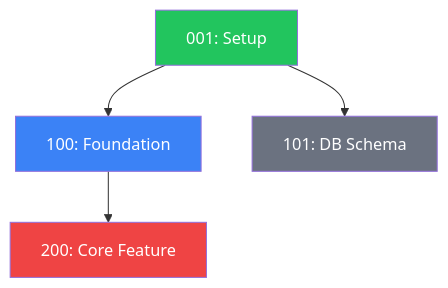
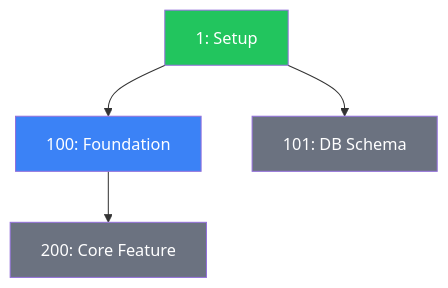
The diagram in platforms/mistral/.vibe/skills/g-skl-dependency-graph/SKILL.md (Gald3r-Labs/gald3r), drawn with Mermaid before and after one commit. The commit also changed other lines of this file and 11981 other files, not shown here.

````diff
--- a/platforms/mistral/.vibe/skills/g-skl-dependency-graph/SKILL.md
+++ b/platforms/mistral/.vibe/skills/g-skl-dependency-graph/SKILL.md
@@ -47,17 +78,20 @@
 ```mermaid
 graph TD
-    %% Status styling
     classDef completed fill:#22c55e,color:#fff
     classDef inprogress fill:#3b82f6,color:#fff
+    classDef review fill:#a855f7,color:#fff
     classDef pending fill:#6b7280,color:#fff
+    classDef failed fill:#ef4444,color:#fff
     classDef blocked fill:#ef4444,color:#fff
+    classDef cancelled fill:#374151,color:#9ca3af
+    classDef dangling fill:#f59e0b,color:#000,stroke-dasharray: 5 5
 
-    T001["001: Setup"] --> T100["100: Foundation"]
-    T001 --> T101["101: DB Schema"]
+    T1["1: Setup"] --> T100["100: Foundation"]
+    T1 --> T101["101: DB Schema"]
     T100 --> T200["200: Core Feature"]
 
-    class T001 completed
+    class T1 completed
     class T100 inprogress
     class T101 pending
-    class T200 blocked
+    class T200 pending
 ```
````
